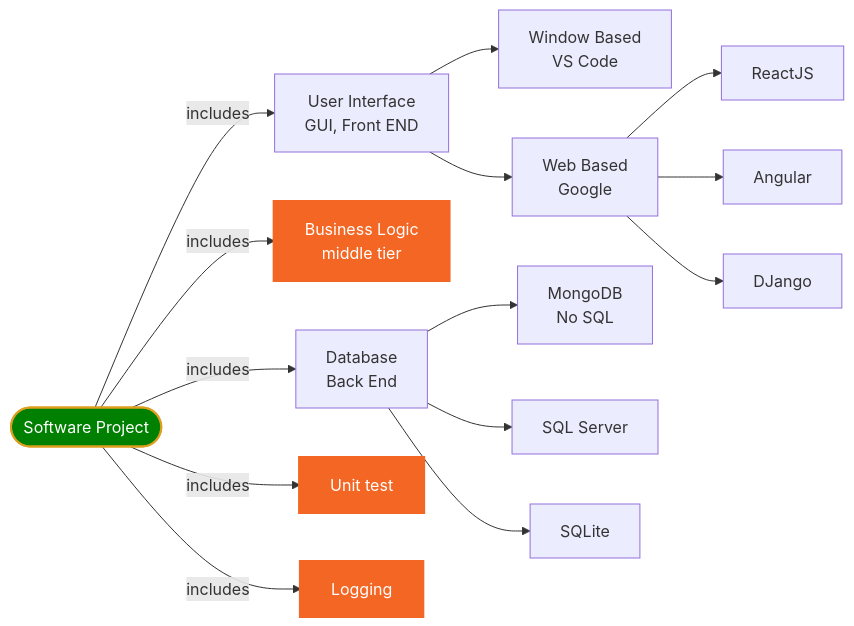
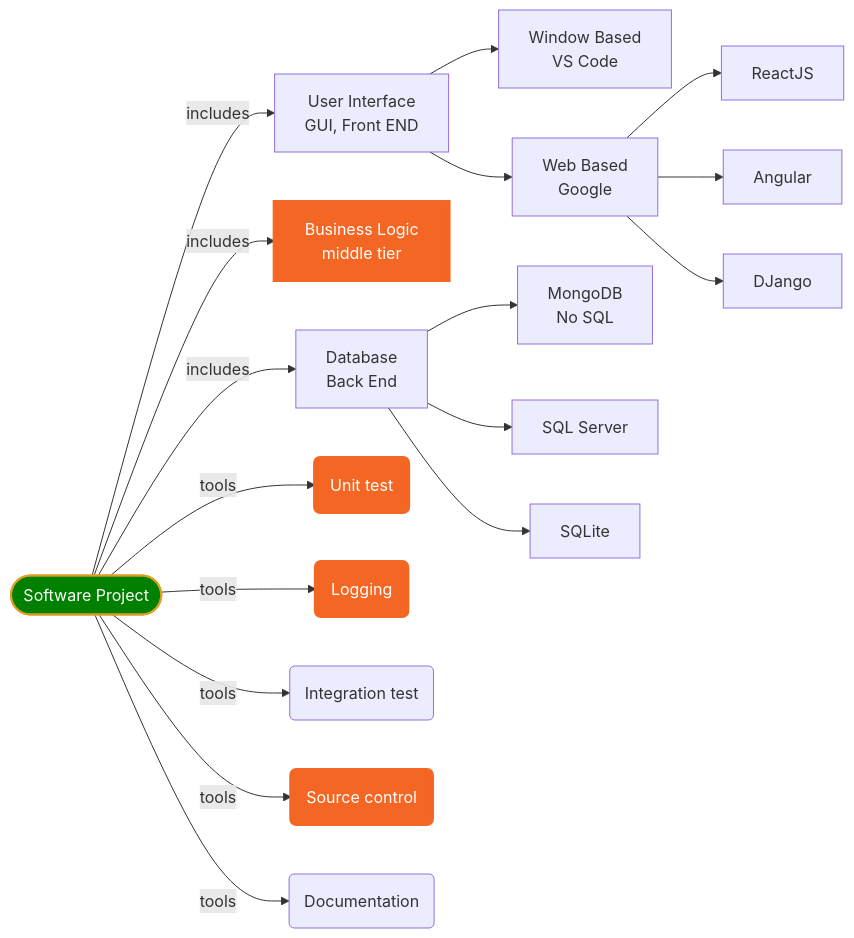
The fifth of 7 diagrams in doc/python.md (jwang1122/python1), drawn with Mermaid before and after one commit. The commit also changed other lines of this file and 6 other files, not shown here.

````diff
--- a/doc/python.md
+++ b/doc/python.md
@@ -346,29 +351,33 @@
 ```mermaid
 graph LR
 A([Software Project])
 B[User Interface<br>GUI, Front END]
 C[Business Logic<br>middle tier]
 D[Database<br>Back End]
-E[Unit test]
-F[Logging]
+E(Unit test)
+F(Logging)
 G[Window Based<br>VS Code]
 H[Web Based<br>Google]
 M[MongoDB<br>No SQL]
 S[SQL Server]
 P[SQLite]
 K[ReactJS]
 L[Angular]
 DJ[DJango]
+INT(Integration test)
+GIT(Source control)
+DOC(Documentation)
 
-A--includes-->B & C & D & E & F
+A--includes-->B & C & D 
+A--tools--> E & F & INT & DOC & GIT
 B-->G & H
 D-->M & S & P
 H-->K & L & DJ
 
 classDef html fill:#F46624,stroke:#F46624,stroke-width:4px,color:white;
 classDef start fill:green,stroke:#DE9E1F,stroke-width:2px,color:white;
 
-class C,E,F html
+class C,E,F,GIT html
 class A, start
 
 ```
````
